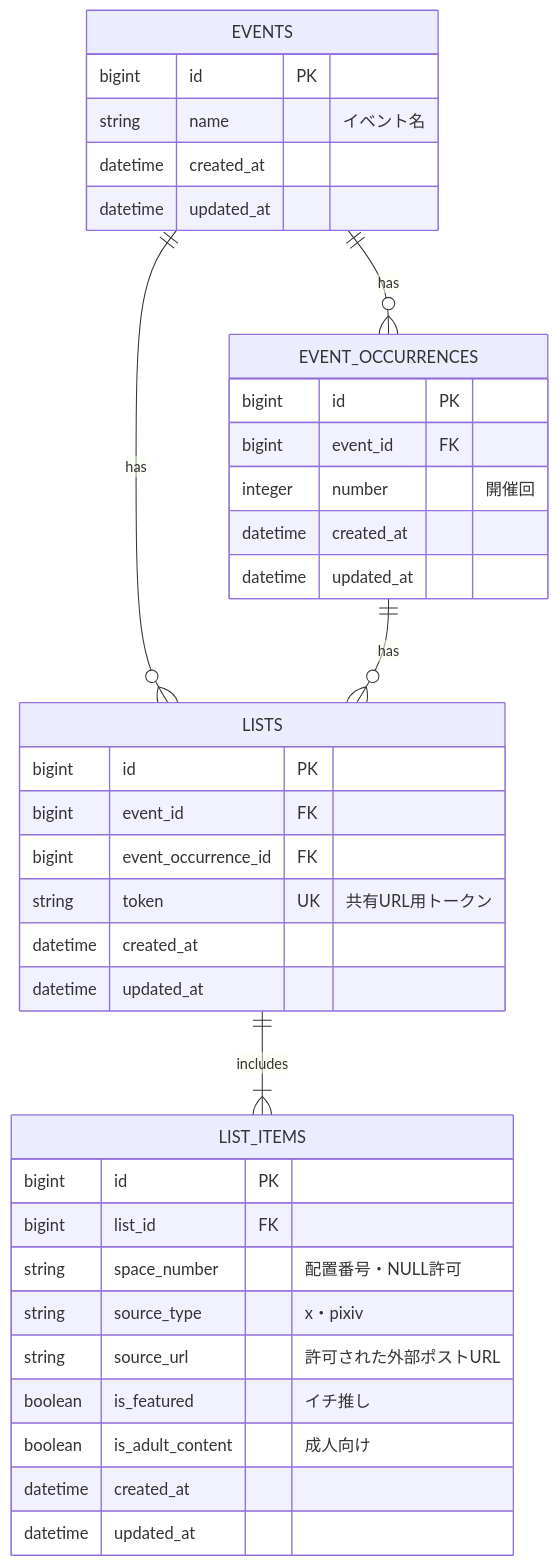
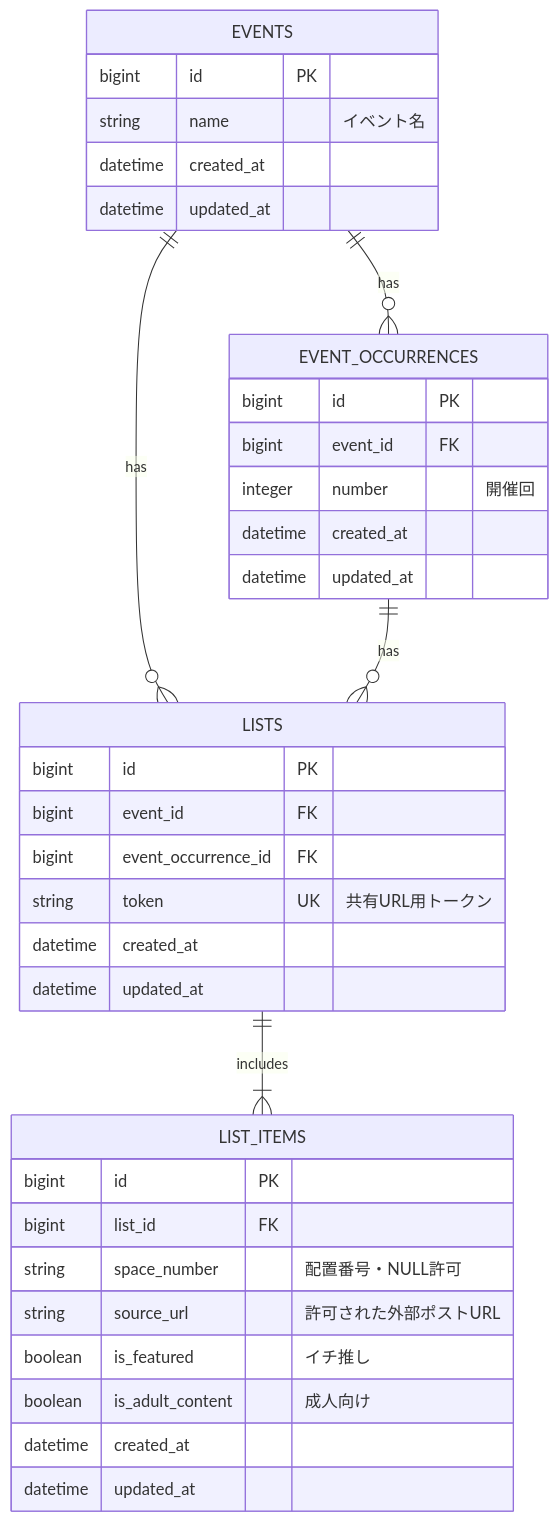
One commit to GoneTarou/Oshinagakiapp changed the diagram in mermaid.md. Above: the diagram before and after it, drawn with Mermaid. The commit also changed 7 other files, not shown here.

````diff
--- a/mermaid.md
+++ b/mermaid.md
@@ -3,43 +3,42 @@
 ```mermaid
 erDiagram
     EVENTS ||--o{ EVENT_OCCURRENCES : has
     EVENTS ||--o{ LISTS : has
     EVENT_OCCURRENCES ||--o{ LISTS : has
     LISTS ||--|{ LIST_ITEMS : includes
 
     EVENTS {
         bigint id PK
         string name "イベント名"
         datetime created_at
         datetime updated_at
     }
 
     EVENT_OCCURRENCES {
         bigint id PK
         bigint event_id FK
         integer number "開催回"
         datetime created_at
         datetime updated_at
     }
 
     LISTS {
         bigint id PK
         bigint event_id FK
         bigint event_occurrence_id FK
         string token UK "共有URL用トークン"
         datetime created_at
         datetime updated_at
     }
 
     LIST_ITEMS {
         bigint id PK
         bigint list_id FK
         string space_number "配置番号・NULL許可"
-        string source_type "x・pixiv"
         string source_url "許可された外部ポストURL"
         boolean is_featured "イチ推し"
         boolean is_adult_content "成人向け"
         datetime created_at
         datetime updated_at
     }
 ```
````
